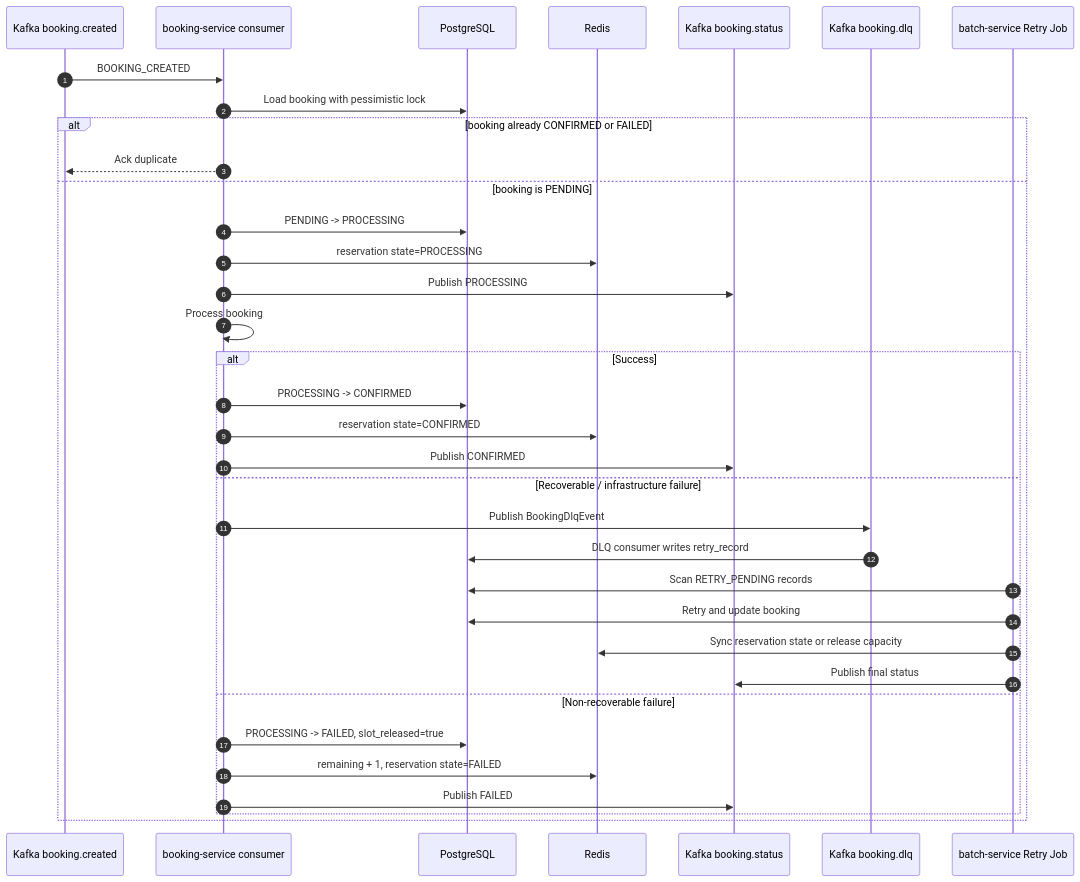
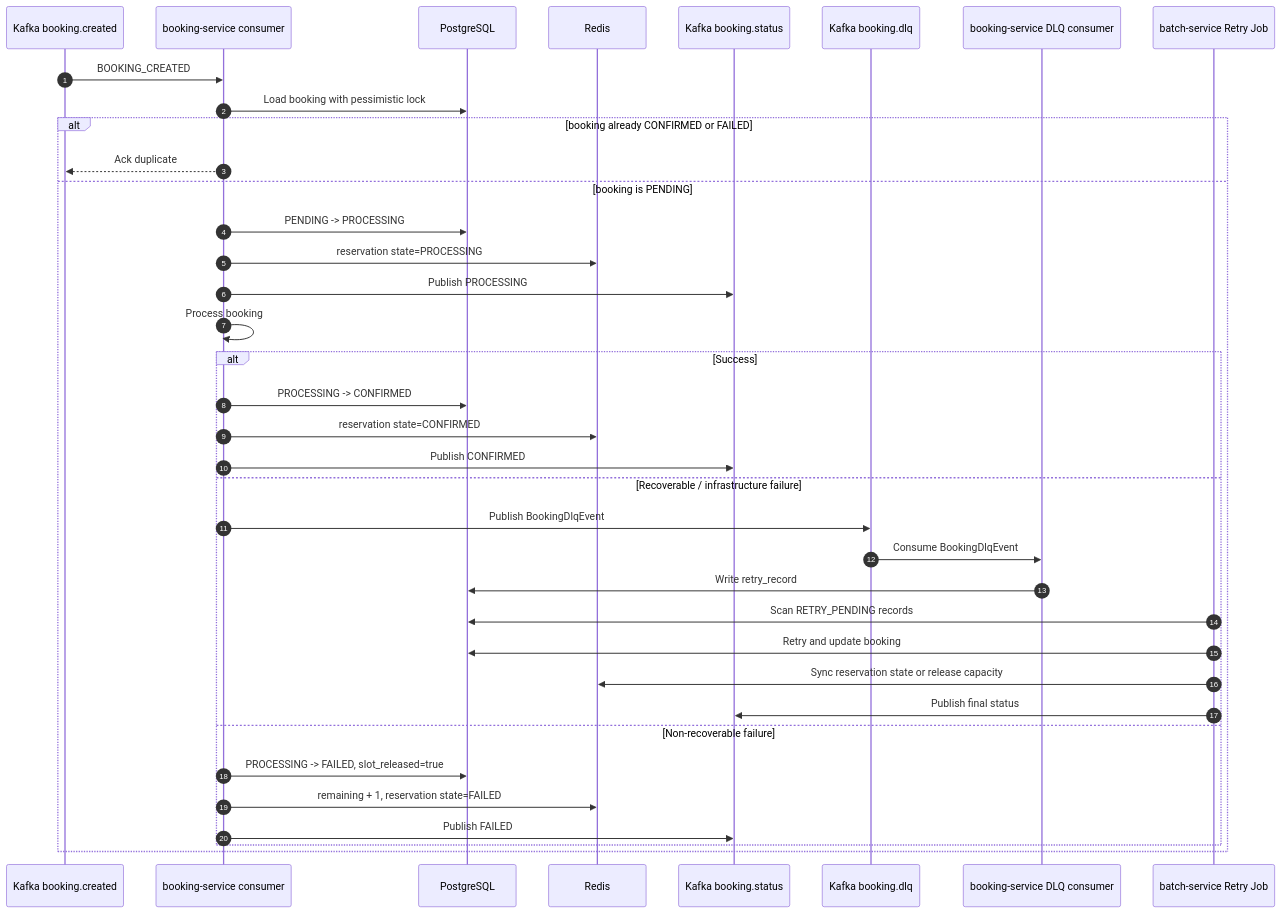
The third of 5 diagrams in README.md (TienHa2504/delivery-booking-system), drawn with Mermaid before and after one commit. The commit also changed other lines of this file and 4 other files, not shown here.

Commit message:
Refine README diagrams and Docker builds

````diff
--- a/README.md
+++ b/README.md
@@ -173,40 +146,42 @@
 ```mermaid
 sequenceDiagram
     autonumber
     participant Created as Kafka booking.created
     participant Consumer as booking-service consumer
     participant DB as PostgreSQL
     participant Redis as Redis
     participant Status as Kafka booking.status
     participant DLQ as Kafka booking.dlq
+    participant DLQConsumer as booking-service DLQ consumer
     participant RetryJob as batch-service Retry Job
 
     Created->>Consumer: BOOKING_CREATED
     Consumer->>DB: Load booking with pessimistic lock
 
     alt booking already CONFIRMED or FAILED
         Consumer-->>Created: Ack duplicate
     else booking is PENDING
         Consumer->>DB: PENDING -> PROCESSING
         Consumer->>Redis: reservation state=PROCESSING
         Consumer->>Status: Publish PROCESSING
         Consumer->>Consumer: Process booking
 
         alt Success
             Consumer->>DB: PROCESSING -> CONFIRMED
             Consumer->>Redis: reservation state=CONFIRMED
             Consumer->>Status: Publish CONFIRMED
         else Recoverable / infrastructure failure
             Consumer->>DLQ: Publish BookingDlqEvent
-            DLQ->>DB: DLQ consumer writes retry_record
+            DLQ->>DLQConsumer: Consume BookingDlqEvent
+            DLQConsumer->>DB: Write retry_record
             RetryJob->>DB: Scan RETRY_PENDING records
             RetryJob->>DB: Retry and update booking
             RetryJob->>Redis: Sync reservation state or release capacity
             RetryJob->>Status: Publish final status
         else Non-recoverable failure
             Consumer->>DB: PROCESSING -> FAILED, slot_released=true
             Consumer->>Redis: remaining + 1, reservation state=FAILED
             Consumer->>Status: Publish FAILED
         end
     end
 ```
````
